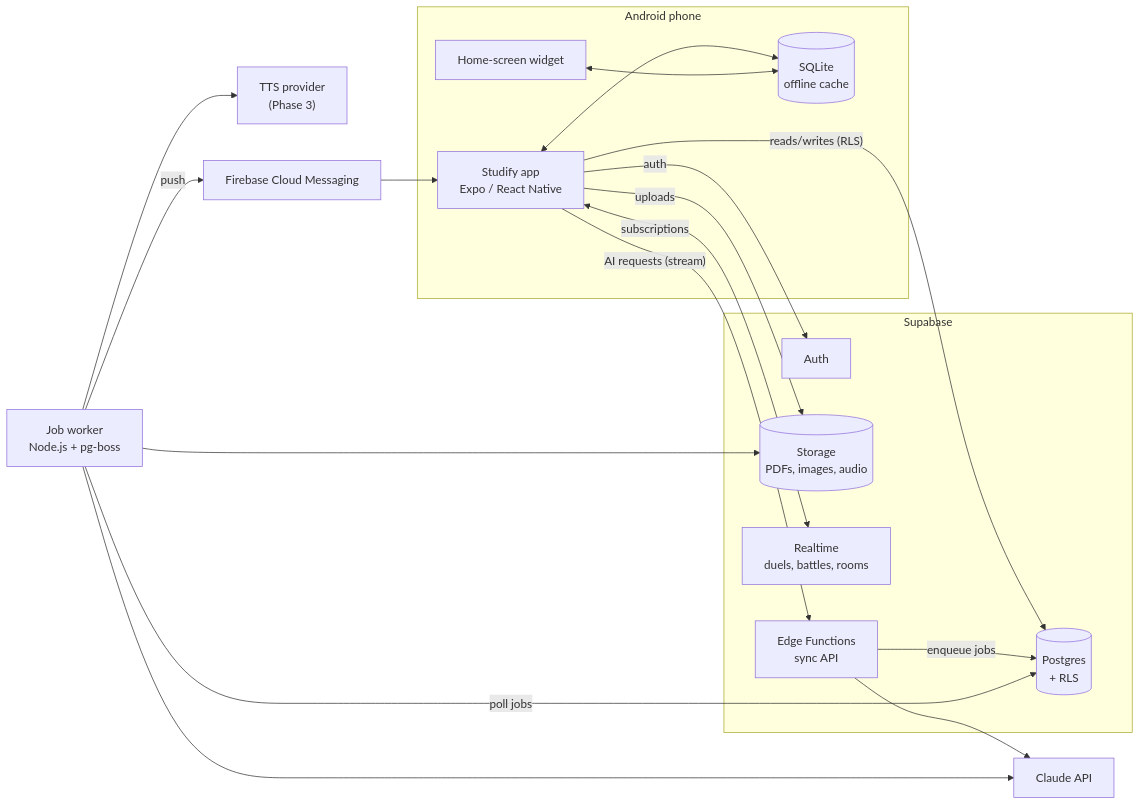
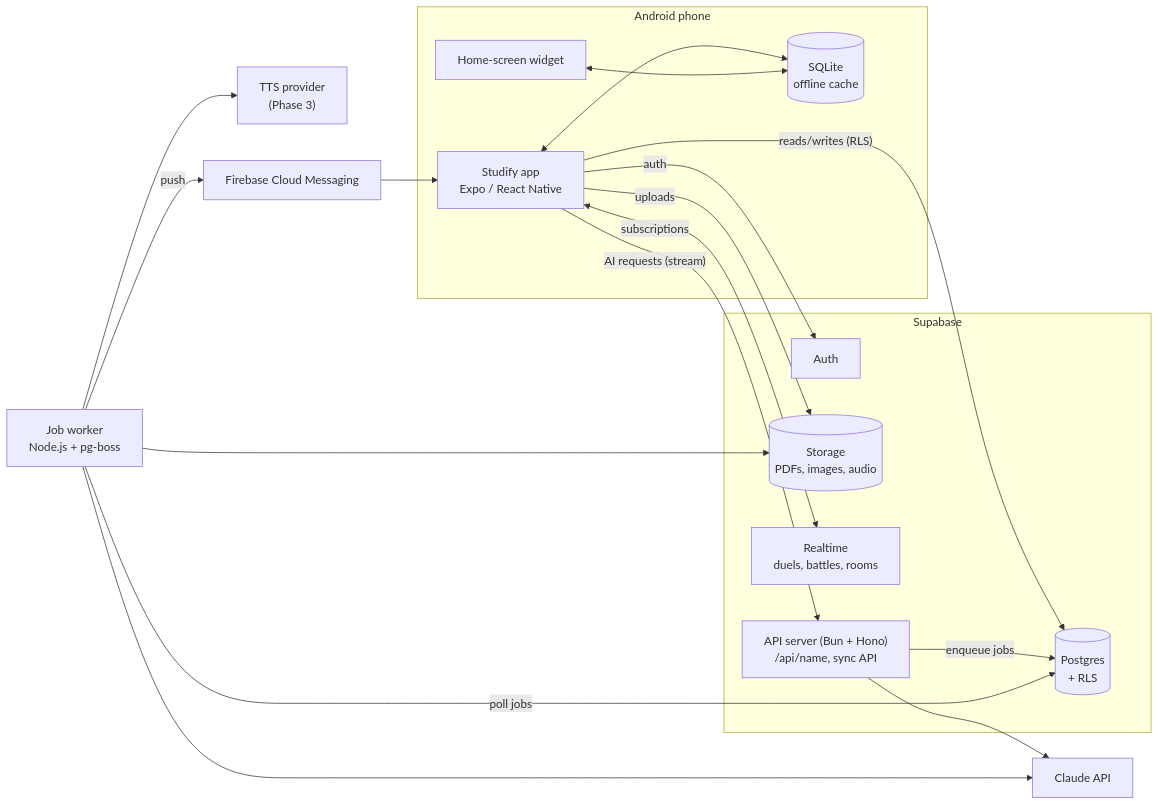
The first of 3 diagrams in docs/engineering/architecture.md (mariajunqueiramirandas-cpu/Studify), drawn with Mermaid before and after one commit. The commit also changed other lines of this file and 174 other files, not shown here.

First line of the commit message:
feat(api): replace Supabase Edge Functions with a Bun + Hono API for the VPS

````diff
--- a/docs/engineering/architecture.md
+++ b/docs/engineering/architecture.md
@@ -13,37 +13,37 @@
 ```mermaid
 flowchart LR
   subgraph Phone["Android phone"]
     App["Studify app<br/>Expo / React Native"]
     LocalDB[("SQLite<br/>offline cache")]
     Widget["Home-screen widget"]
     App <--> LocalDB
     Widget <--> LocalDB
   end
 
   subgraph Supabase["Supabase"]
     Auth["Auth"]
     PG[("Postgres<br/>+ RLS")]
     Storage[("Storage<br/>PDFs, images, audio")]
     RT["Realtime<br/>duels, battles, rooms"]
-    Edge["Edge Functions<br/>sync API"]
+    Edge["API server (Bun + Hono)<br/>/api/name, sync API"]
   end
 
   Worker["Job worker<br/>Node.js + pg-boss"]
   Claude["Claude API"]
   TTS["TTS provider<br/>(Phase 3)"]
   FCM["Firebase Cloud Messaging"]
 
   App -- "auth" --> Auth
   App -- "reads/writes (RLS)" --> PG
   App -- "uploads" --> Storage
   App <-- "subscriptions" --> RT
   App -- "AI requests (stream)" --> Edge
   Edge --> Claude
   Edge -- "enqueue jobs" --> PG
   Worker -- "poll jobs" --> PG
   Worker --> Claude
   Worker --> Storage
   Worker --> TTS
   Worker -- "push" --> FCM
   FCM --> App
 ```
````
